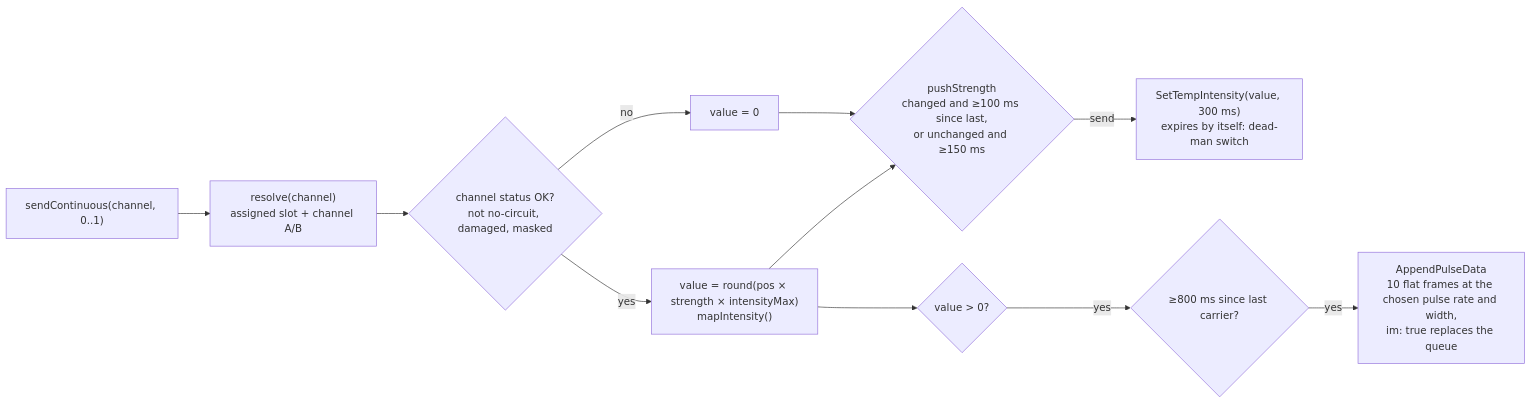
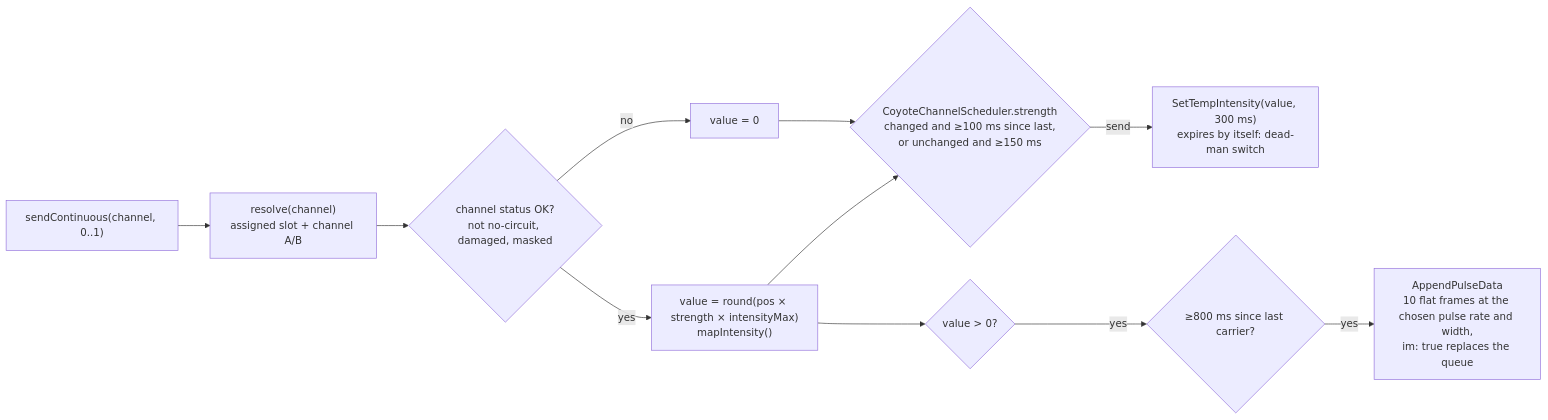
Before and after one commit to lumbar-spine-support/docker-haptic-player: the seventh of 7 diagrams in docs/developer/haptics.md, drawn with Mermaid. The commit also changed other lines of this file and 19 other files, not shown here.

````diff
--- a/docs/developer/haptics.md
+++ b/docs/developer/haptics.md
@@ -244,12 +244,12 @@
 ```mermaid
 flowchart LR
   SC["sendContinuous(channel, 0..1)"] --> Res["resolve(channel)<br/>assigned slot + channel A/B"]
   Res --> Usable{"channel status OK?<br/>not no-circuit, damaged, masked"}
   Usable -- no --> Zero["value = 0"]
   Usable -- yes --> Map["value = round(pos × strength × intensityMax)<br/>mapIntensity()"]
-  Zero & Map --> Str{"pushStrength<br/>changed and ≥100 ms since last,<br/>or unchanged and ≥150 ms"}
+  Zero & Map --> Str{"CoyoteChannelScheduler.strength<br/>changed and ≥100 ms since last,<br/>or unchanged and ≥150 ms"}
   Str -- send --> ST["SetTempIntensity(value, 300 ms)<br/>expires by itself: dead-man switch"]
   Map --> Pos{"value > 0?"}
   Pos -- yes --> Car{"≥800 ms since last carrier?"}
   Car -- yes --> AP["AppendPulseData<br/>10 flat frames at the chosen pulse rate and width,<br/>im: true replaces the queue"]
 ```
````
